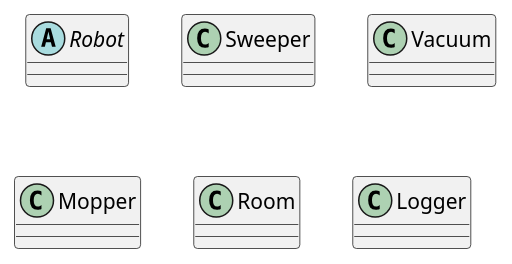
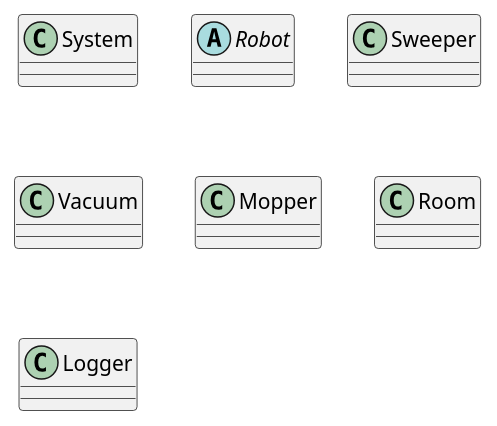
One commit to arisk02/robot-fleet-management-system changed the diagram in docs/design/class_diagram/class_diagram.puml. Above: the diagram before and after it, drawn with PlantUML.

Commit message:
Added system class to be a container everything

```diff
--- a/docs/design/class_diagram/class_diagram.puml
+++ b/docs/design/class_diagram/class_diagram.puml
@@ -1,10 +1,11 @@
 @startuml
+Class System
 Abstract class Robot
 class Sweeper
 class Vacuum
 class Mopper
 class Room
 class Logger
 
 
 @enduml
```
